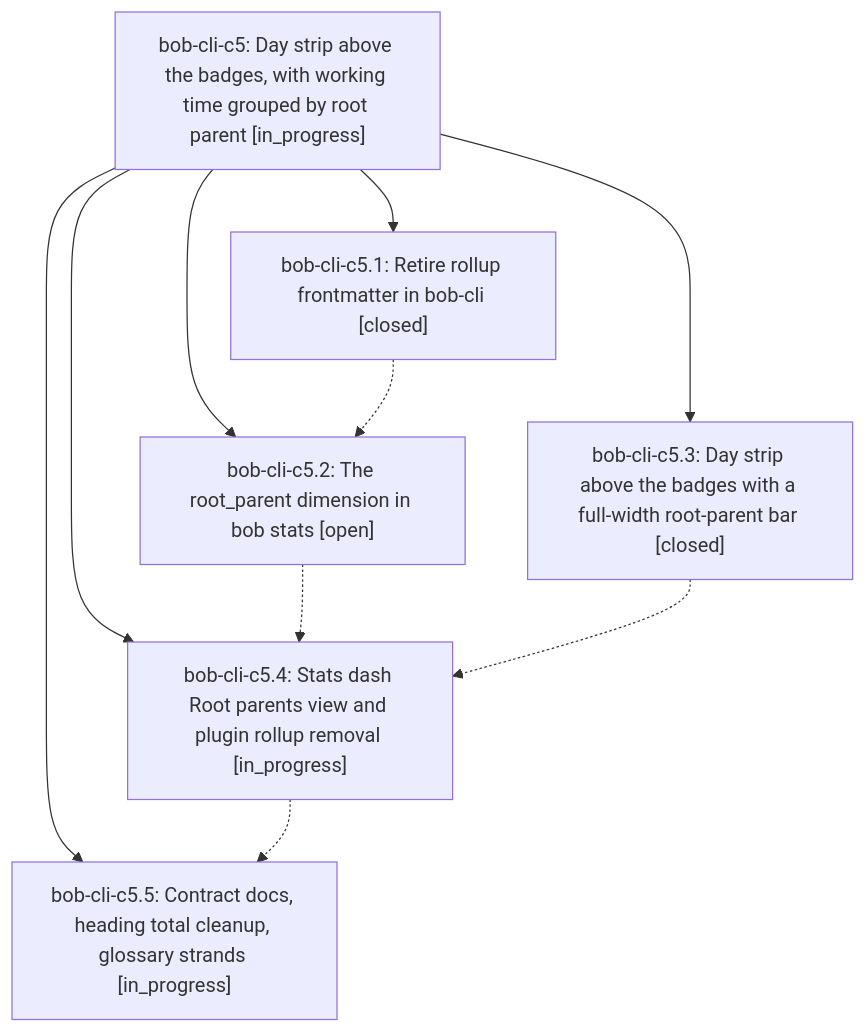
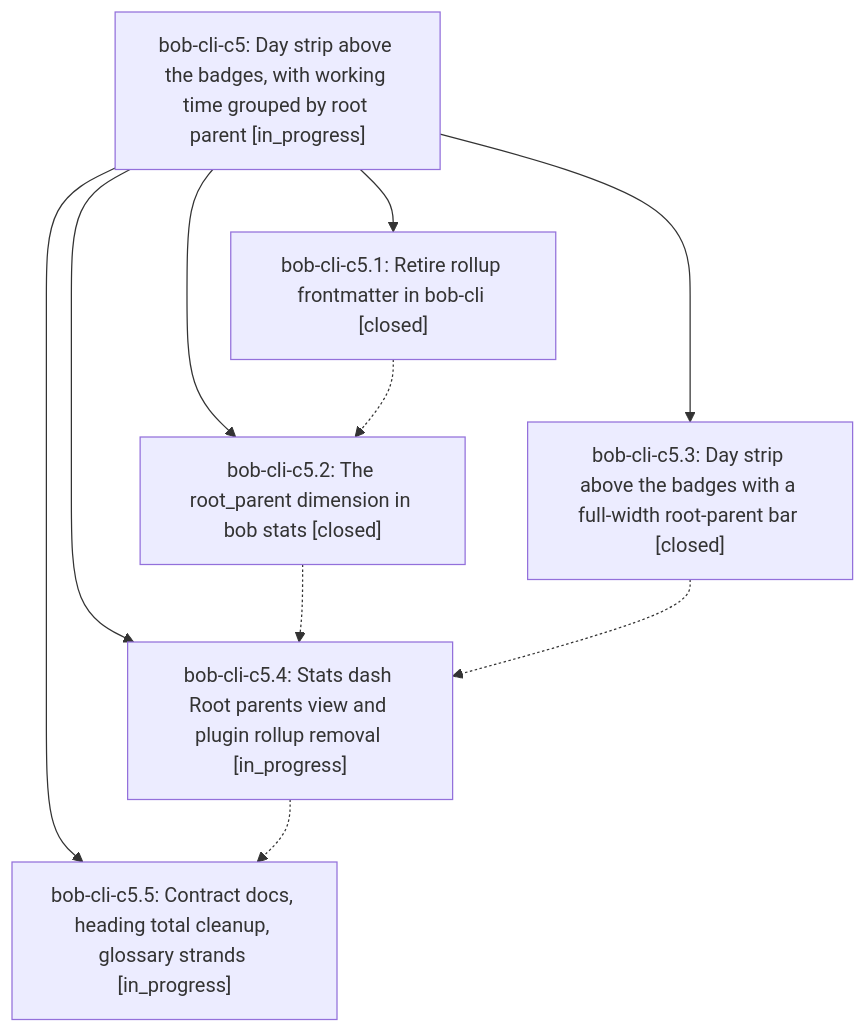
Before and after one commit to bobs-org/bob-cli--beads: the diagram in pages/bob-cli-c5/README.md, drawn with Mermaid. The commit also changed other lines of this file and 4 other files, not shown here.

First line of the commit message:
chore(beads): sync bead state and pages for bob-cli-c5

````diff
--- a/pages/bob-cli-c5/README.md
+++ b/pages/bob-cli-c5/README.md
@@ -42,18 +42,18 @@
 ```mermaid
 flowchart TD
     n0["bob-cli-c5: Day strip above the badges, with working time grouped by root parent [in_progress]"]
     n1["bob-cli-c5.1: Retire rollup frontmatter in bob-cli [closed]"]
-    n2["bob-cli-c5.2: The root_parent dimension in bob stats [open]"]
+    n2["bob-cli-c5.2: The root_parent dimension in bob stats [closed]"]
     n3["bob-cli-c5.3: Day strip above the badges with a full-width root-parent bar [closed]"]
     n4["bob-cli-c5.4: Stats dash Root parents view and plugin rollup removal [in_progress]"]
     n5["bob-cli-c5.5: Contract docs, heading total cleanup, glossary strands [in_progress]"]
     n0 --> n1
     n0 --> n2
     n0 --> n3
     n0 --> n4
     n0 --> n5
     n1 -.-> n2
     n2 -.-> n4
     n3 -.-> n4
     n4 -.-> n5
 ```
````
